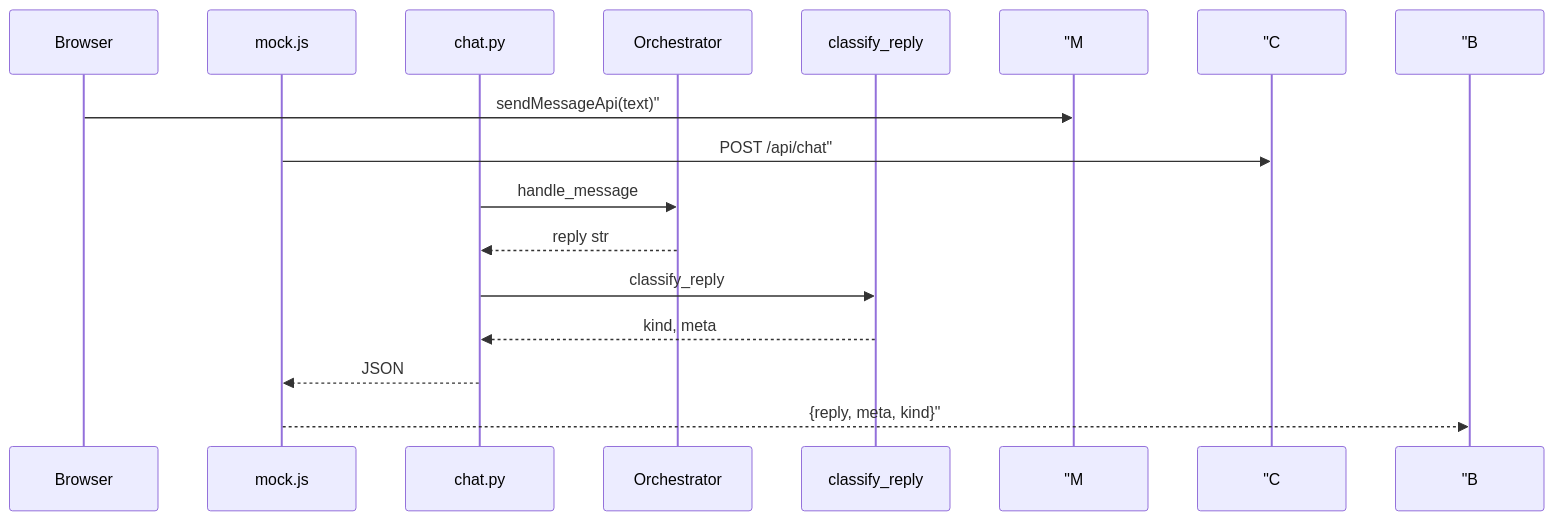
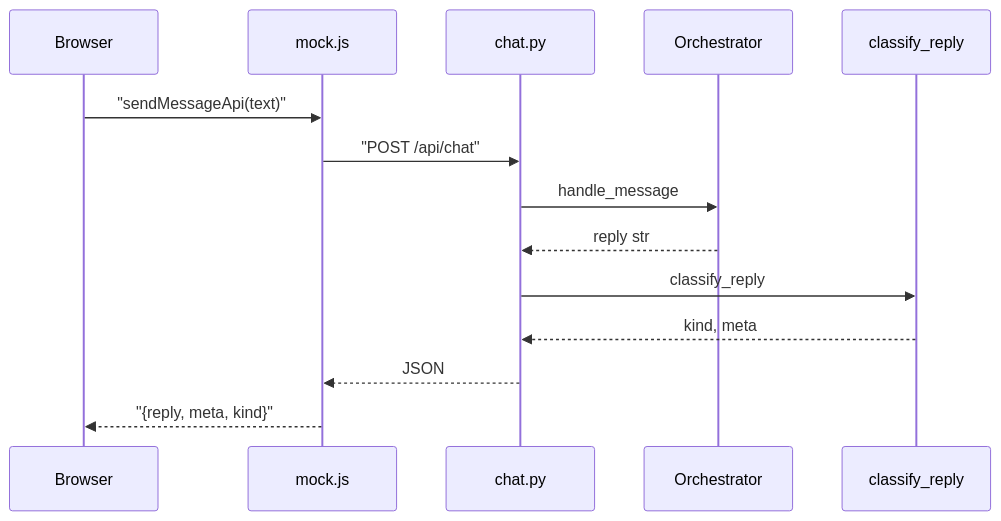
The diagram in course/day23/20_完整代码走查.md (ab6539763/70_days_course_plus), drawn with Mermaid before and after one commit. The commit also changed 80 other files, not shown here.

First line of the commit message:
fix(course): 修复 Mermaid 图表渲染报错 + 同步嵌入代码快照

````diff
--- a/course/day23/20_完整代码走查.md
+++ b/course/day23/20_完整代码走查.md
@@ -57,17 +57,17 @@
 ```mermaid
 sequenceDiagram
     participant B as Browser
     participant M as mock.js
     participant C as chat.py
     participant O as Orchestrator
     participant P as classify_reply
 
-    B->> "M: sendMessageApi(text)"
-    M->> "C: POST /api/chat"
+    B->>M: "sendMessageApi(text)"
+    M->>C: "POST /api/chat"
     C->>O: handle_message
     O-->>C: reply str
     C->>P: classify_reply
     P-->>C: kind, meta
     C-->>M: JSON
-    M-->> "B: {reply, meta, kind}"
+    M-->>B: "{reply, meta, kind}"
 ```
````
